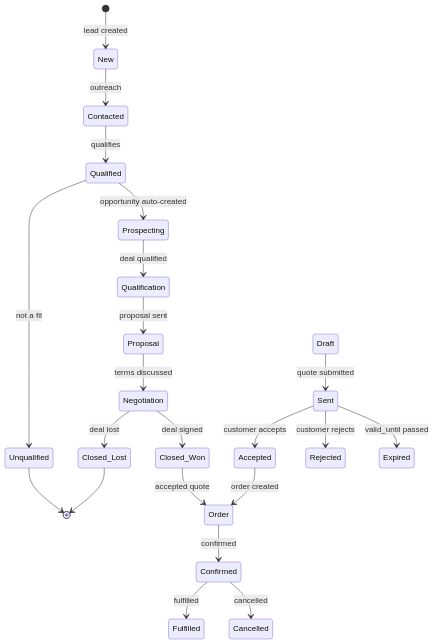
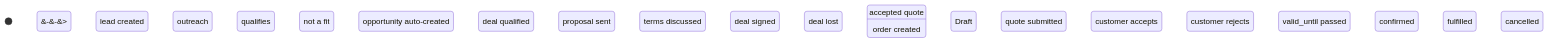
Before and after one commit to eltonaguiar/ServiceNow_Learning_TSOM-_CSM_FSM_SalesCRM_HAM_ITSM: the first of 5 diagrams in docs/modules/sales-crm/sales-crm-guide.md, drawn with Mermaid. The commit also changed other lines of this file and 17 other files, not shown here.

First line of the commit message:
Fix mermaid arrows: replace --> with &#45;&#45;&#62; in all mermaid blocks

````diff
--- a/docs/modules/sales-crm/sales-crm-guide.md
+++ b/docs/modules/sales-crm/sales-crm-guide.md
@@ -440,26 +440,26 @@
 ```mermaid
 stateDiagram-v2
-    [*] --> New : lead created
-    New --> Contacted : outreach
-    Contacted --> Qualified : qualifies
-    Qualified --> Unqualified : not a fit
-    Qualified --> Prospecting : opportunity auto-created
-    Unqualified --> [*]
+    [*] &#45;&#45;&#62; New : lead created
+    New &#45;&#45;&#62; Contacted : outreach
+    Contacted &#45;&#45;&#62; Qualified : qualifies
+    Qualified &#45;&#45;&#62; Unqualified : not a fit
+    Qualified &#45;&#45;&#62; Prospecting : opportunity auto-created
+    Unqualified &#45;&#45;&#62; [*]
 
-    Prospecting --> Qualification : deal qualified
-    Qualification --> Proposal : proposal sent
-    Proposal --> Negotiation : terms discussed
-    Negotiation --> Closed_Won : deal signed
-    Negotiation --> Closed_Lost : deal lost
-    Closed_Won --> Order : accepted quote
-    Closed_Lost --> [*]
+    Prospecting &#45;&#45;&#62; Qualification : deal qualified
+    Qualification &#45;&#45;&#62; Proposal : proposal sent
+    Proposal &#45;&#45;&#62; Negotiation : terms discussed
+    Negotiation &#45;&#45;&#62; Closed_Won : deal signed
+    Negotiation &#45;&#45;&#62; Closed_Lost : deal lost
+    Closed_Won &#45;&#45;&#62; Order : accepted quote
+    Closed_Lost &#45;&#45;&#62; [*]
 
-    Draft --> Sent : quote submitted
-    Sent --> Accepted : customer accepts
-    Sent --> Rejected : customer rejects
-    Sent --> Expired : valid_until passed
-    Accepted --> Order : order created
-    Order --> Confirmed : confirmed
-    Confirmed --> Fulfilled : fulfilled
-    Confirmed --> Cancelled : cancelled
+    Draft &#45;&#45;&#62; Sent : quote submitted
+    Sent &#45;&#45;&#62; Accepted : customer accepts
+    Sent &#45;&#45;&#62; Rejected : customer rejects
+    Sent &#45;&#45;&#62; Expired : valid_until passed
+    Accepted &#45;&#45;&#62; Order : order created
+    Order &#45;&#45;&#62; Confirmed : confirmed
+    Confirmed &#45;&#45;&#62; Fulfilled : fulfilled
+    Confirmed &#45;&#45;&#62; Cancelled : cancelled
 ```
````
